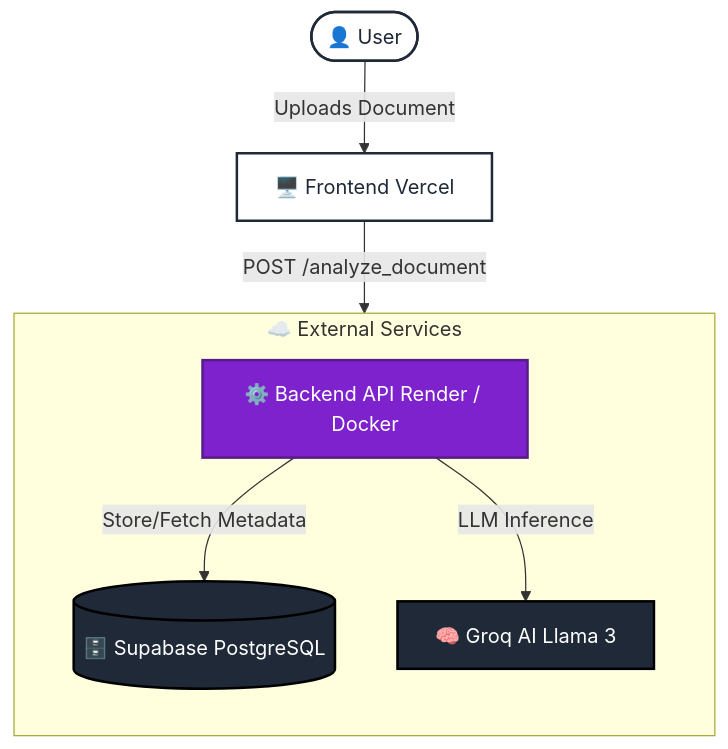
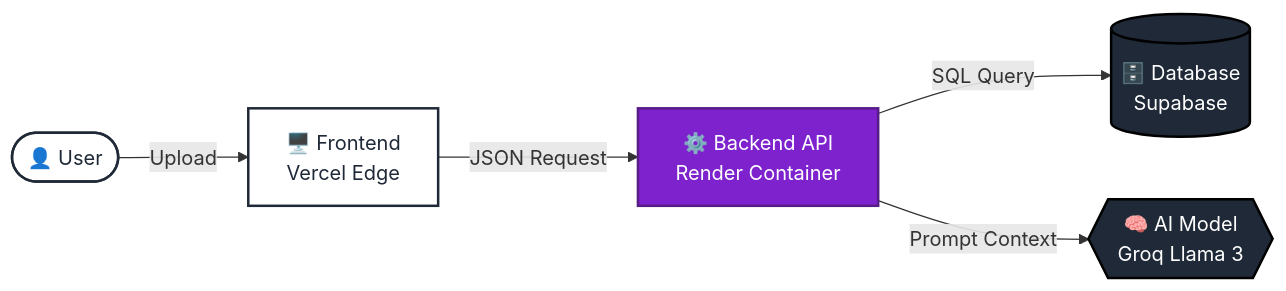
Before and after one commit to SujalAgrawal08/DocBrief: the first of 2 diagrams in README.md, drawn with Mermaid.

````diff
--- a/README.md
+++ b/README.md
@@ -38,22 +38,27 @@
 ```mermaid
-graph TD
+graph LR
     %% Theme Styling
     classDef purple fill:#7e22ce,stroke:#581c87,stroke-width:2px,color:white;
     classDef white fill:#ffffff,stroke:#1f2937,stroke-width:2px,color:#1f2937;
     classDef black fill:#1f2937,stroke:#000000,stroke-width:2px,color:white;
 
     %% Nodes
-    User([👤 User]) -->|Uploads Document| FE[🖥️ Frontend Vercel]
-    FE -->|POST /analyze_document| BE[⚙️ Backend API Render / Docker]
+    User([👤 User]) 
+    FE[🖥️ Frontend<br/>Vercel Edge]
+    BE[⚙️ Backend API<br/>Render Container]
     
-    subgraph Services ["☁️ External Services"]
-        direction TB
-        BE -->|Store/Fetch Metadata| DB[(🗄️ Supabase PostgreSQL)]
-        BE -->|LLM Inference| GROQ[🧠 Groq AI Llama 3]
-    end
+    %% Branching Services
+    DB[(🗄️ Database<br/>Supabase)]
+    AI{{🧠 AI Model<br/>Groq Llama 3}}
 
-    %% Styles
+    %% Connections
+    User -->|Upload| FE
+    FE -->|JSON Request| BE
+    BE -->|SQL Query| DB
+    BE -->|Prompt Context| AI
+
+    %% Styling Applications
     class User,FE white;
     class BE purple;
-    class DB,GROQ black;
+    class DB,AI black;
 ```
````
